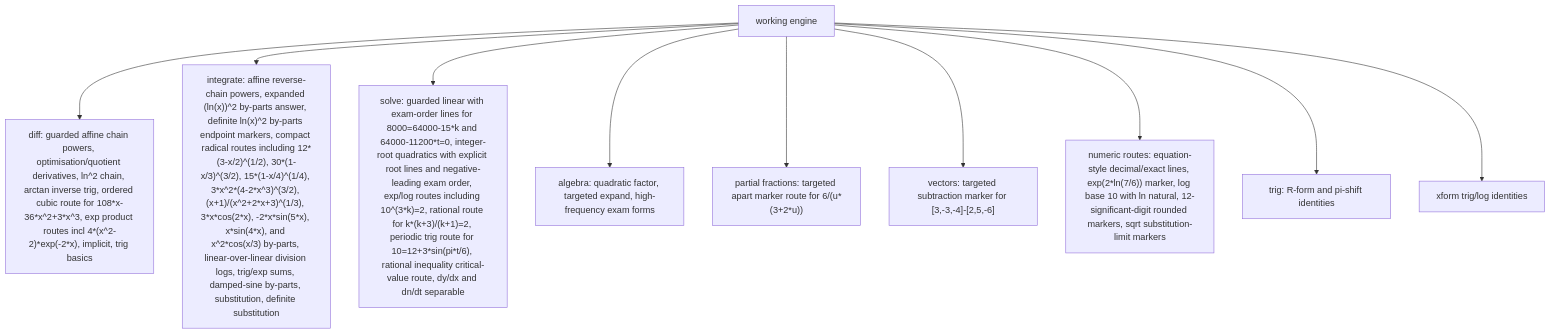
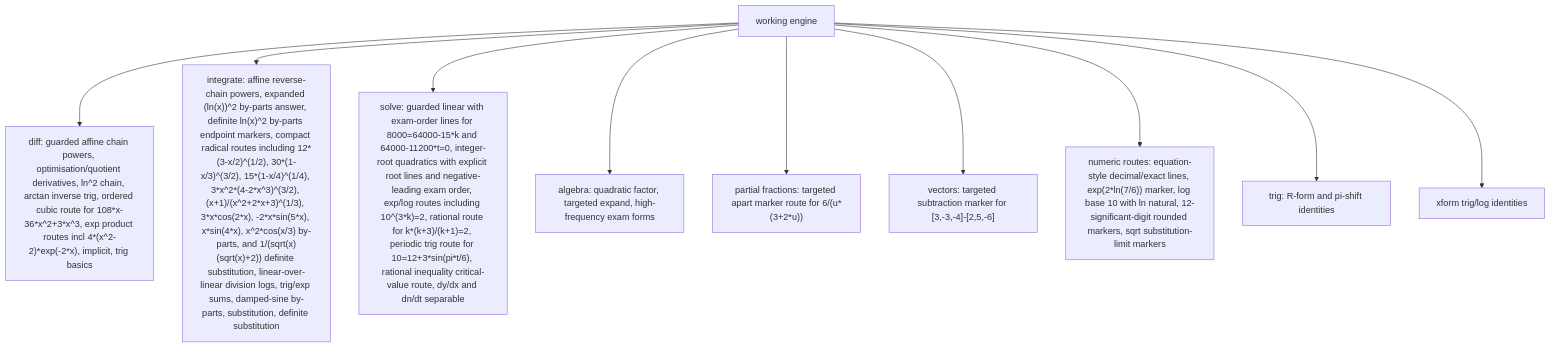
The third of 6 diagrams in docs/GRAPH.md (james8464/notes-addin-casio-fx-cg50), drawn with Mermaid before and after one commit. The commit also changed other lines of this file and 4 other files, not shown here.

Commit message:
add definite substitution working route

````diff
--- a/docs/GRAPH.md
+++ b/docs/GRAPH.md
@@ -36,12 +36,12 @@
 ```mermaid
 graph TD
   Work["working engine"] --> Diff["diff: guarded affine chain powers, optimisation/quotient derivatives, ln^2 chain, arctan inverse trig, ordered cubic route for 108*x-36*x^2+3*x^3, exp product routes incl 4*(x^2-2)*exp(-2*x), implicit, trig basics"]
-  Work --> Int["integrate: affine reverse-chain powers, expanded (ln(x))^2 by-parts answer, definite ln(x)^2 by-parts endpoint markers, compact radical routes including 12*(3-x/2)^(1/2), 30*(1-x/3)^(3/2), 15*(1-x/4)^(1/4), 3*x^2*(4-2*x^3)^(3/2), (x+1)/(x^2+2*x+3)^(1/3), 3*x*cos(2*x), -2*x*sin(5*x), x*sin(4*x), and x^2*cos(x/3) by-parts, linear-over-linear division logs, trig/exp sums, damped-sine by-parts, substitution, definite substitution"]
+  Work --> Int["integrate: affine reverse-chain powers, expanded (ln(x))^2 by-parts answer, definite ln(x)^2 by-parts endpoint markers, compact radical routes including 12*(3-x/2)^(1/2), 30*(1-x/3)^(3/2), 15*(1-x/4)^(1/4), 3*x^2*(4-2*x^3)^(3/2), (x+1)/(x^2+2*x+3)^(1/3), 3*x*cos(2*x), -2*x*sin(5*x), x*sin(4*x), x^2*cos(x/3) by-parts, and 1/(sqrt(x)(sqrt(x)+2)) definite substitution, linear-over-linear division logs, trig/exp sums, damped-sine by-parts, substitution, definite substitution"]
   Work --> Solve["solve: guarded linear with exam-order lines for 8000=64000-15*k and 64000-11200*t=0, integer-root quadratics with explicit root lines and negative-leading exam order, exp/log routes including 10^(3*k)=2, rational route for k*(k+3)/(k+1)=2, periodic trig route for 10=12+3*sin(pi*t/6), rational inequality critical-value route, dy/dx and dn/dt separable"]
   Work --> Alg["algebra: quadratic factor, targeted expand, high-frequency exam forms"]
   Work --> PF["partial fractions: targeted apart marker route for 6/(u*(3+2*u))"]
   Work --> Vec["vectors: targeted subtraction marker for [3,-3,-4]-[2,5,-6]"]
   Work --> Num["numeric routes: equation-style decimal/exact lines, exp(2*ln(7/6)) marker, log base 10 with ln natural, 12-significant-digit rounded markers, sqrt substitution-limit markers"]
   Work --> Trig["trig: R-form and pi-shift identities"]
   Work --> Xform["xform trig/log identities"]
 ```
````
